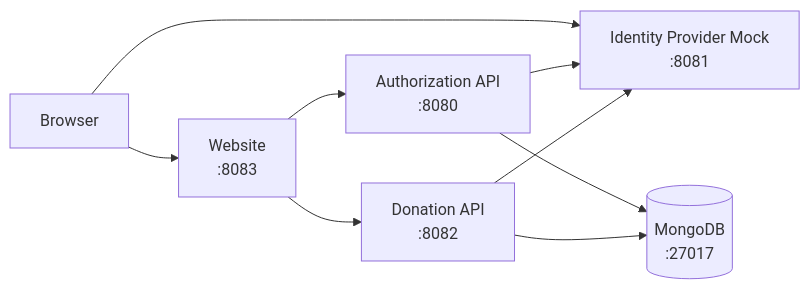
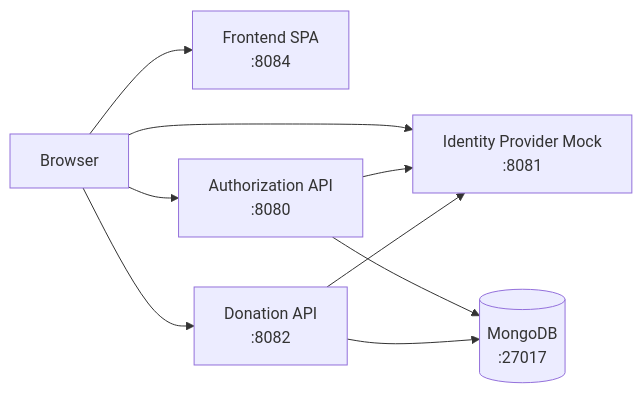
The first of 2 diagrams in docs/current/deployment-status.md (wouterfennis/TimeForCode), drawn with Mermaid before and after one commit. The commit also changed other lines of this file and 142 other files, not shown here.

Commit message:
feat(frontend): scaffold the React SPA with lint, type-check and tests in CI (#110) (#116)

````diff
--- a/docs/current/deployment-status.md
+++ b/docs/current/deployment-status.md
@@ -38,18 +38,18 @@
 ```mermaid
 graph LR
     Browser["Browser"]
-    Website["Website\n:8083"]
+    Frontend["Frontend SPA\n:8084"]
     AuthAPI["Authorization API\n:8080"]
     DonationAPI["Donation API\n:8082"]
     IdpMock["Identity Provider Mock\n:8081"]
     Mongo[("MongoDB\n:27017")]
 
-    Browser --> Website
+    Browser --> Frontend
     Browser --> IdpMock
-    Website --> AuthAPI
-    Website --> DonationAPI
+    Browser --> AuthAPI
+    Browser --> DonationAPI
     AuthAPI --> IdpMock
     AuthAPI --> Mongo
     DonationAPI --> IdpMock
     DonationAPI --> Mongo
 ```
````
